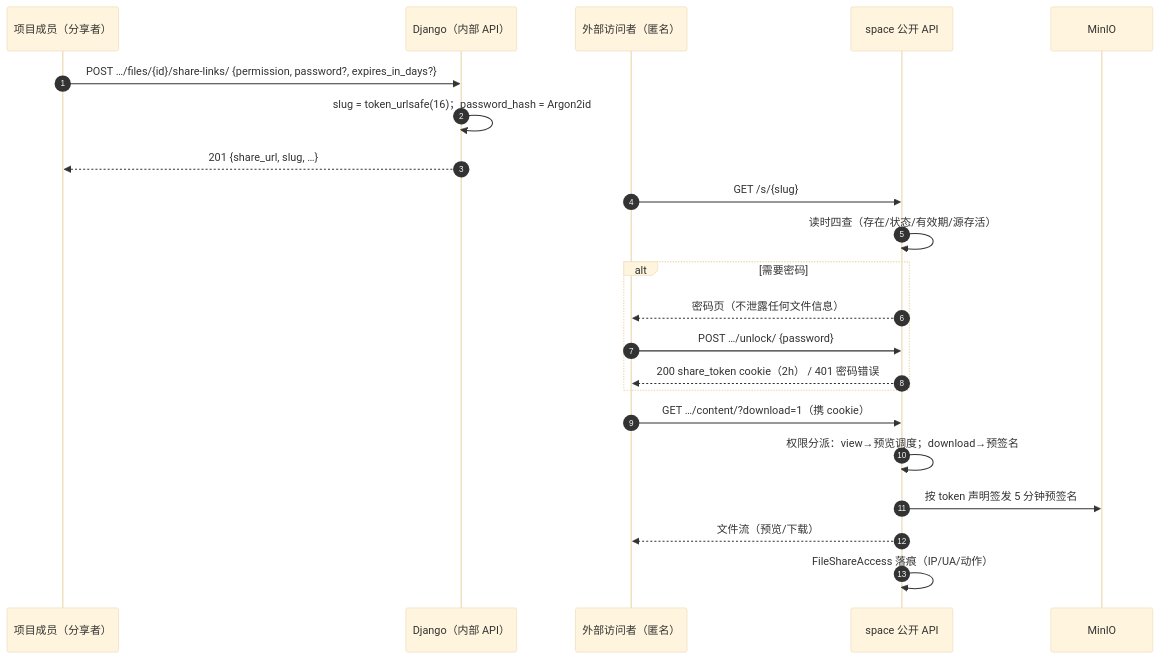
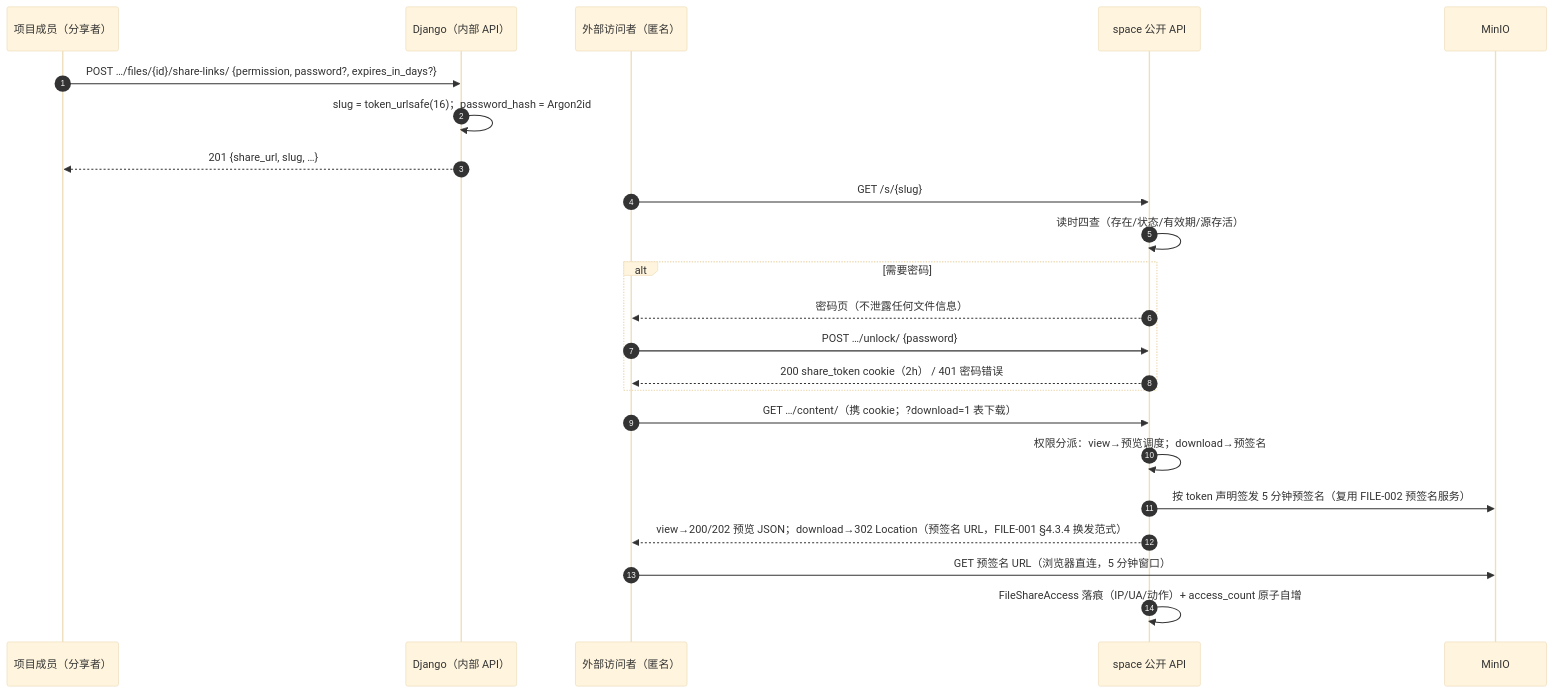
The first of 3 diagrams in docs/sprint-4-gantt-file/FILE-004-share-permission.md (RabbitAI-Lab/RabbitProjects), drawn with Mermaid (base theme) before and after one commit. The commit also changed other lines of this file and 6 other files, not shown here.

````diff
--- a/docs/sprint-4-gantt-file/FILE-004-share-permission.md
+++ b/docs/sprint-4-gantt-file/FILE-004-share-permission.md
@@ -88,25 +91,26 @@
 ```mermaid
 sequenceDiagram
     autonumber
     participant M as 项目成员（分享者）
     participant API as Django（内部 API）
     participant V as 外部访问者（匿名）
     participant SPACE as space 公开 API
     participant S3 as MinIO
 
     M->>API: POST …/files/{id}/share-links/ {permission, password?, expires_in_days?}
     API->>API: slug = token_urlsafe(16)；password_hash = Argon2id
     API-->>M: 201 {share_url, slug, …}
     V->>SPACE: GET /s/{slug}
     SPACE->>SPACE: 读时四查（存在/状态/有效期/源存活）
     alt 需要密码
         SPACE-->>V: 密码页（不泄露任何文件信息）
         V->>SPACE: POST …/unlock/ {password}
         SPACE-->>V: 200 share_token cookie（2h） / 401 密码错误
     end
-    V->>SPACE: GET …/content/?download=1（携 cookie）
+    V->>SPACE: GET …/content/（携 cookie；?download=1 表下载）
     SPACE->>SPACE: 权限分派：view→预览调度；download→预签名
-    SPACE->>S3: 按 token 声明签发 5 分钟预签名
-    SPACE-->>V: 文件流（预览/下载）
-    SPACE->>SPACE: FileShareAccess 落痕（IP/UA/动作）
+    SPACE->>S3: 按 token 声明签发 5 分钟预签名（复用 FILE-002 预签名服务）
+    SPACE-->>V: view→200/202 预览 JSON；download→302 Location（预签名 URL，FILE-001 §4.3.4 换发范式）
+    V->>S3: GET 预签名 URL（浏览器直连，5 分钟窗口）
+    SPACE->>SPACE: FileShareAccess 落痕（IP/UA/动作）+ access_count 原子自增
 ```
````
